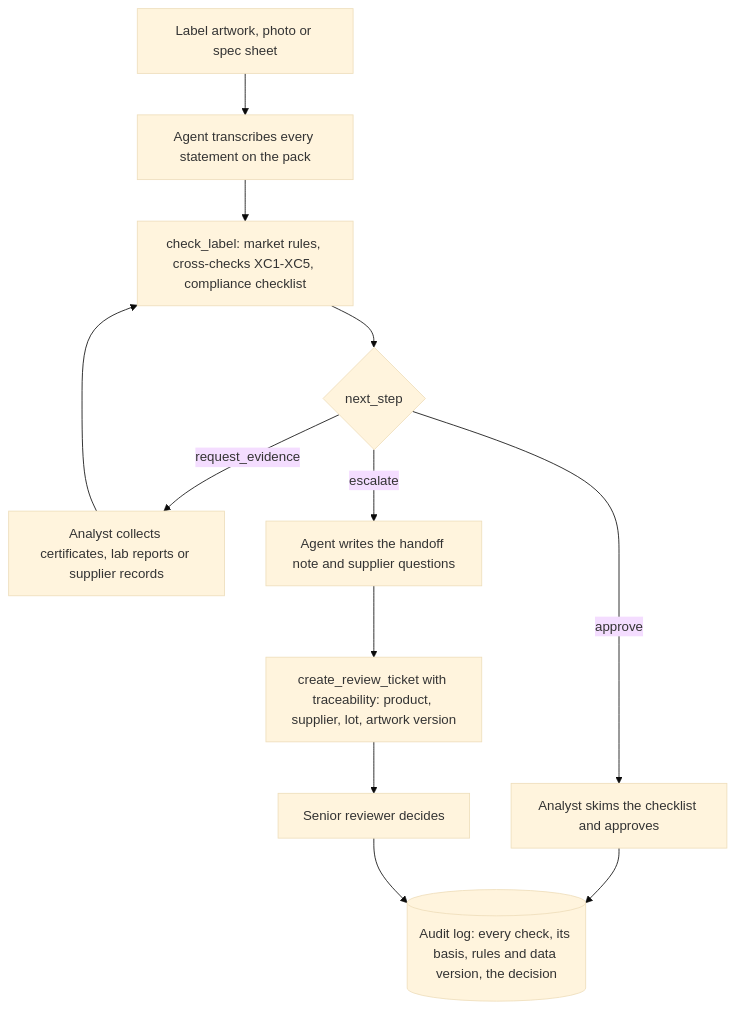
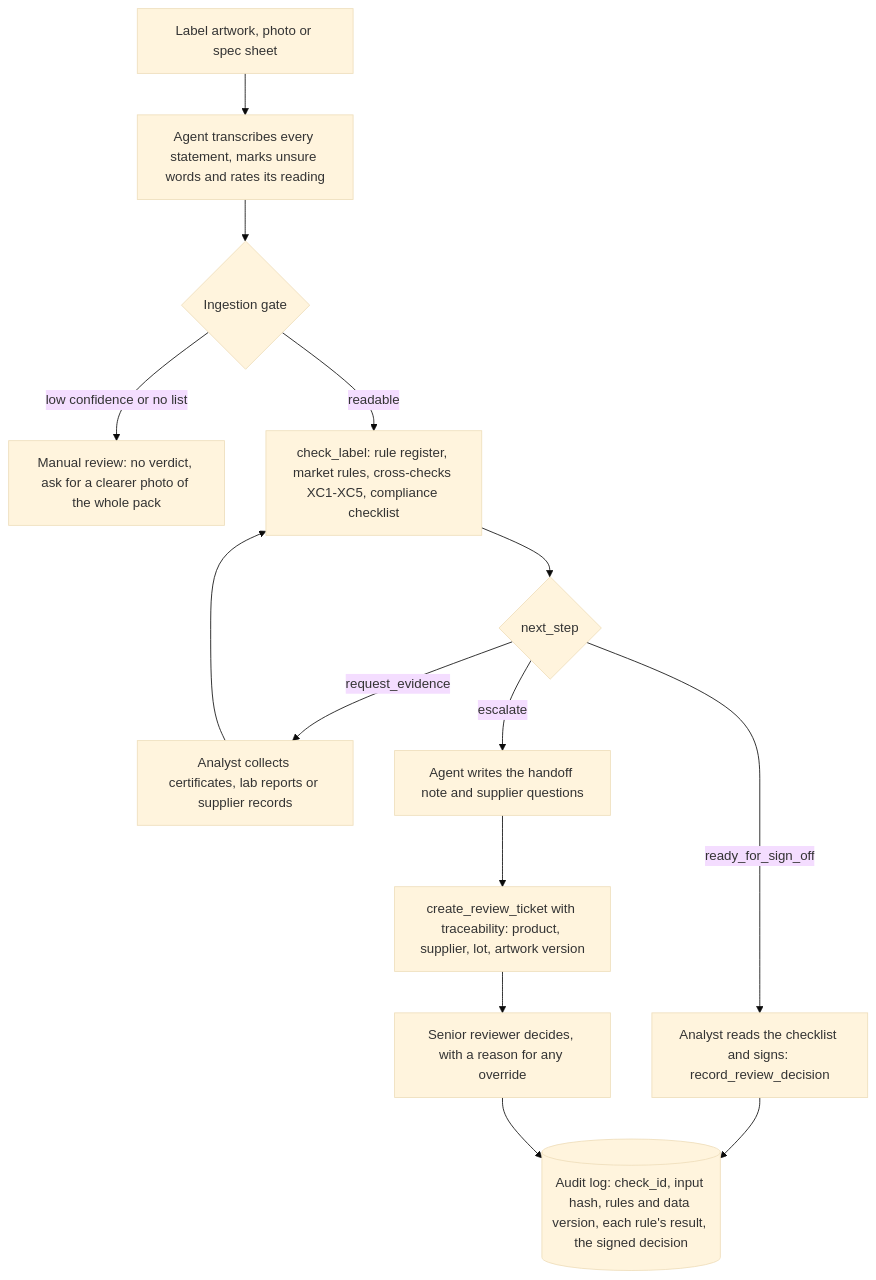
The diagram in docs/05-analyst-workflow.md (t0masleones/ingredient-lens), drawn with Mermaid (base theme) before and after one commit. The commit also changed other lines of this file and 55 other files, not shown here.

````diff
--- a/docs/05-analyst-workflow.md
+++ b/docs/05-analyst-workflow.md
@@ -7,14 +7,16 @@
 ```mermaid
 flowchart TD
-  A[Label artwork, photo or spec sheet] --> B[Agent transcribes every statement on the pack]
-  B --> C[check_label: market rules, cross-checks XC1-XC5, compliance checklist]
+  A[Label artwork, photo or spec sheet] --> B[Agent transcribes every statement, marks unsure words and rates its reading]
+  B --> G{Ingestion gate}
+  G -- low confidence or no list --> M[Manual review: no verdict, ask for a clearer photo of the whole pack]
+  G -- readable --> C[check_label: rule register, market rules, cross-checks XC1-XC5, compliance checklist]
   C --> D{next_step}
-  D -- approve --> E[Analyst skims the checklist and approves]
+  D -- ready_for_sign_off --> E[Analyst reads the checklist and signs: record_review_decision]
   D -- request_evidence --> R[Analyst collects certificates, lab reports or supplier records]
   R --> C
   D -- escalate --> F[Agent writes the handoff note and supplier questions]
-  F --> G[create_review_ticket with traceability: product, supplier, lot, artwork version]
-  G --> H[Senior reviewer decides]
-  E --> I[(Audit log: every check, its basis, rules and data version, the decision)]
+  F --> T[create_review_ticket with traceability: product, supplier, lot, artwork version]
+  T --> H[Senior reviewer decides, with a reason for any override]
+  E --> I[(Audit log: check_id, input hash, rules and data version, each rule's result, the signed decision)]
   H --> I
 ```
````
